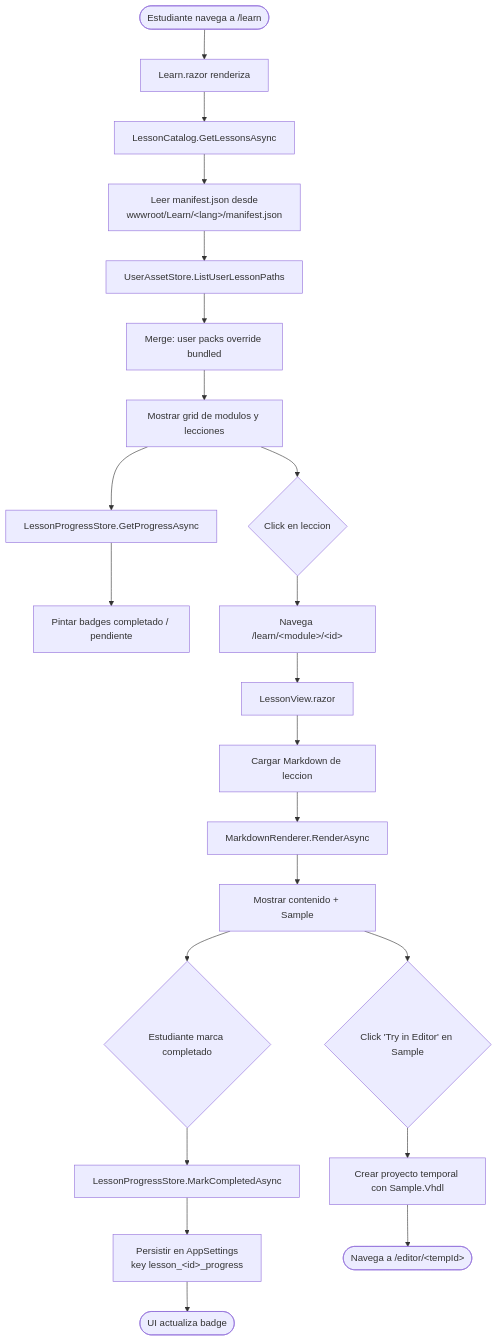
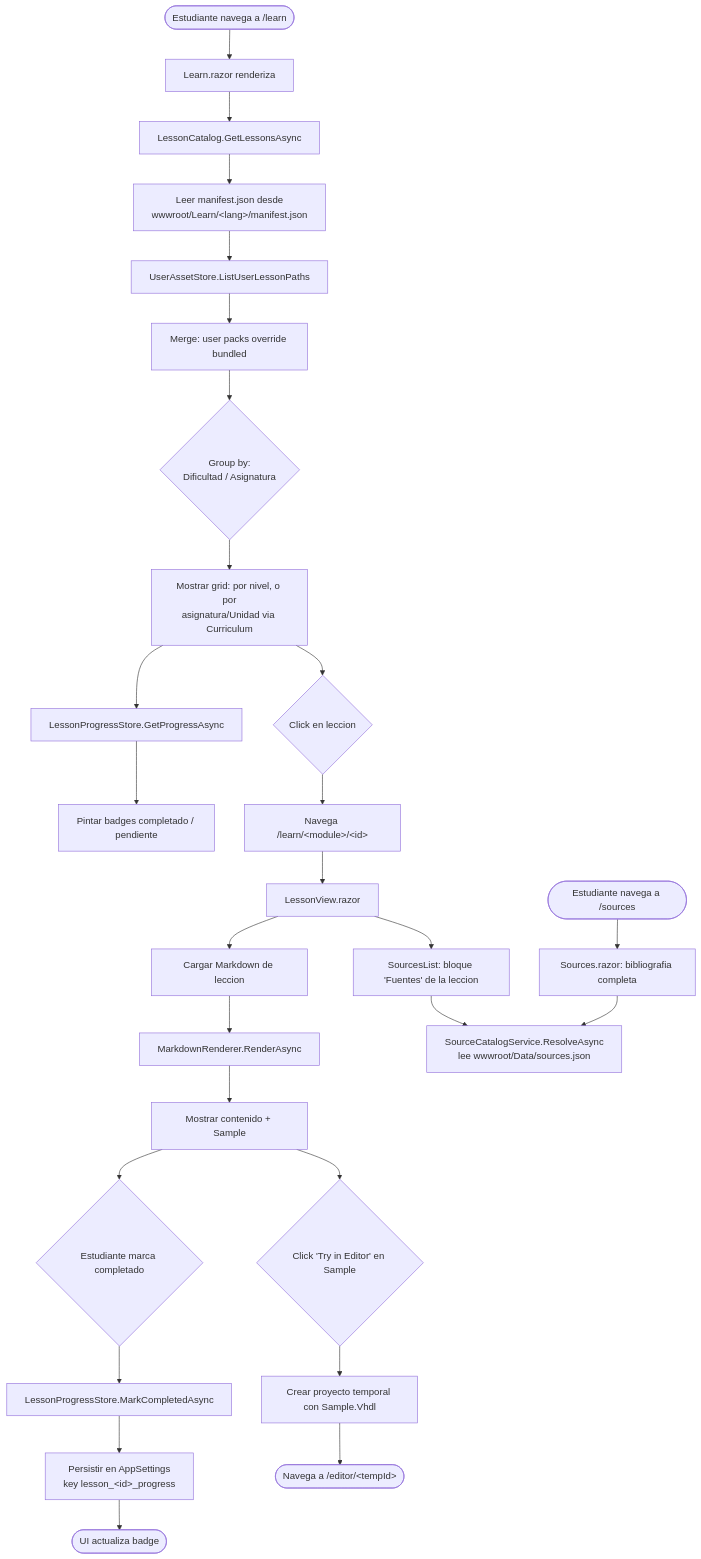
One commit to Kmila9s/Kmila changed diagram 16 of 19 in README.md. Above: the diagram before and after it, drawn with Mermaid. The commit also changed other lines of this file and 2 other files, not shown here.

First line of the commit message:
docs: sync README/diagrams + Learn.razor comment to Data Sources & asignatura grouping

````diff
--- a/README.md
+++ b/README.md
@@ -2193,26 +2206,32 @@
 ```mermaid
 flowchart TD
     A([Estudiante navega a /learn]) --> B[Learn.razor renderiza]
     B --> C[LessonCatalog.GetLessonsAsync]
     C --> D[Leer manifest.json desde<br/>wwwroot/Learn/&lt;lang&gt;/manifest.json]
     D --> E[UserAssetStore.ListUserLessonPaths]
     E --> F[Merge: user packs override bundled]
-    F --> G[Mostrar grid de modulos y lecciones]
+    F --> GA{Group by:<br/>Dificultad / Asignatura}
+    GA --> G[Mostrar grid: por nivel, o por<br/>asignatura/Unidad via Curriculum]
     G --> H[LessonProgressStore.GetProgressAsync]
     H --> I[Pintar badges completado / pendiente]
 
     G --> J{Click en leccion}
     J --> K[Navega /learn/&lt;module&gt;/&lt;id&gt;]
     K --> L[LessonView.razor]
     L --> M[Cargar Markdown de leccion]
     M --> N[MarkdownRenderer.RenderAsync]
     N --> O[Mostrar contenido + Sample]
     O --> P{Estudiante marca completado}
     P --> Q[LessonProgressStore.MarkCompletedAsync]
     Q --> R[Persistir en AppSettings<br/>key lesson_&lt;id&gt;_progress]
     R --> S([UI actualiza badge])
 
     O --> T{Click 'Try in Editor' en Sample}
     T --> U[Crear proyecto temporal con Sample.Vhdl]
     U --> V([Navega a /editor/&lt;tempId&gt;])
+
+    L --> FA[SourcesList: bloque 'Fuentes' de la leccion]
+    FA --> FB[SourceCatalogService.ResolveAsync<br/>lee wwwroot/Data/sources.json]
+    A2([Estudiante navega a /sources]) --> FC[Sources.razor: bibliografia completa]
+    FC --> FB
 ```
````
